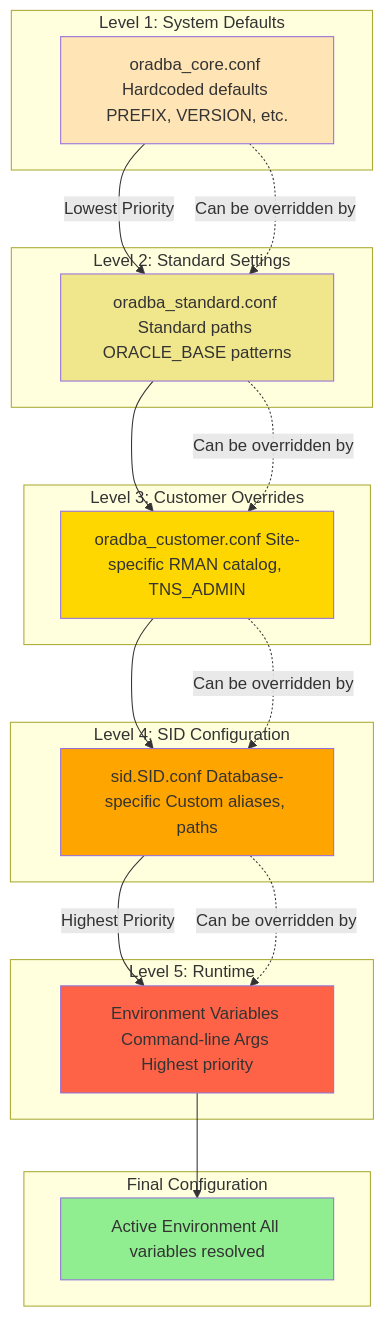
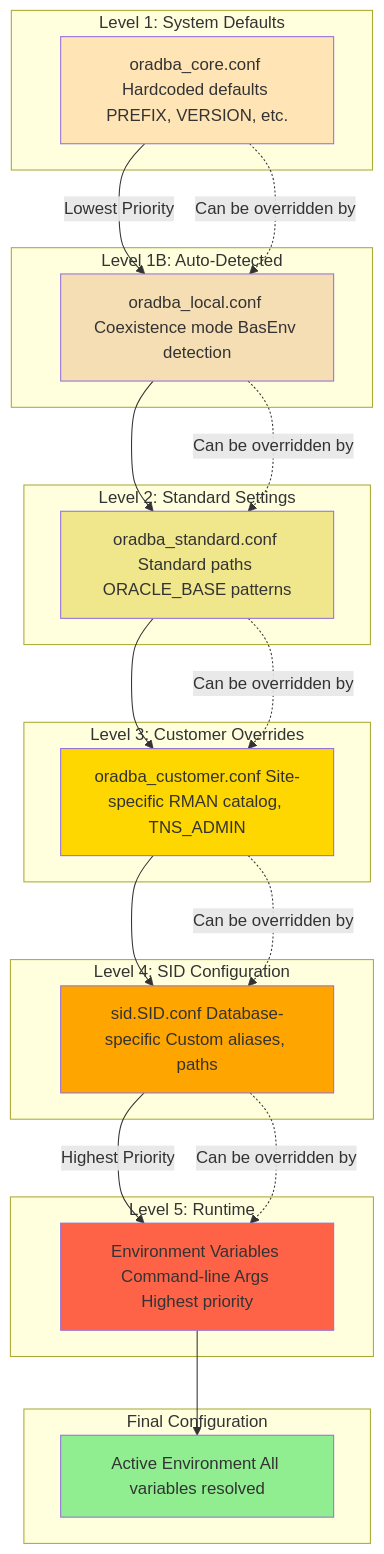
One commit to oehrlis/oradba changed the eighth of 11 diagrams in doc/images/source/diagrams-mermaid.md. Above: the diagram before and after it, drawn with Mermaid. The commit also changed other lines of this file and 1 other file, not shown here.

First line of the commit message:
docs: Update CHANGELOG and Mermaid diagrams for coexistence mode

````diff
--- a/doc/images/source/diagrams-mermaid.md
+++ b/doc/images/source/diagrams-mermaid.md
@@ -435,44 +441,51 @@
 ```mermaid
 flowchart TB
     subgraph Level1["Level 1: System Defaults"]
         L1[oradba_core.conf Hardcoded defaults PREFIX, VERSION, etc.]
+    end
+    
+    subgraph Level1B["Level 1B: Auto-Detected"]
+        L1B[oradba_local.conf Coexistence mode BasEnv detection]
     end
     
     subgraph Level2["Level 2: Standard Settings"]
         L2[oradba_standard.conf Standard paths ORACLE_BASE patterns]
     end
     
     subgraph Level3["Level 3: Customer Overrides"]
         L3[oradba_customer.conf Site-specific RMAN catalog, TNS_ADMIN]
     end
     
     subgraph Level4["Level 4: SID Configuration"]
         L4[sid.SID.conf Database-specific Custom aliases, paths]
     end
     
     subgraph Level5["Level 5: Runtime"]
         L5[Environment Variables Command-line Args Highest priority]
     end
     
     subgraph Result["Final Configuration"]
         R[Active Environment All variables resolved]
     end
     
-    L1 -->|Lowest Priority| L2
+    L1 -->|Lowest Priority| L1B
+    L1B --> L2
     L2 --> L3
     L3 --> L4
     L4 -->|Highest Priority| L5
     L5 --> R
     
-    L1 -.->|Can be overridden by| L2
+    L1 -.->|Can be overridden by| L1B
+    L1B -.->|Can be overridden by| L2
     L2 -.->|Can be overridden by| L3
     L3 -.->|Can be overridden by| L4
     L4 -.->|Can be overridden by| L5
     
     style L1 fill:#FFE4B5
+    style L1B fill:#F5DEB3
     style L2 fill:#F0E68C
     style L3 fill:#FFD700
     style L4 fill:#FFA500
     style L5 fill:#FF6347
     style R fill:#90EE90
 ```
````
